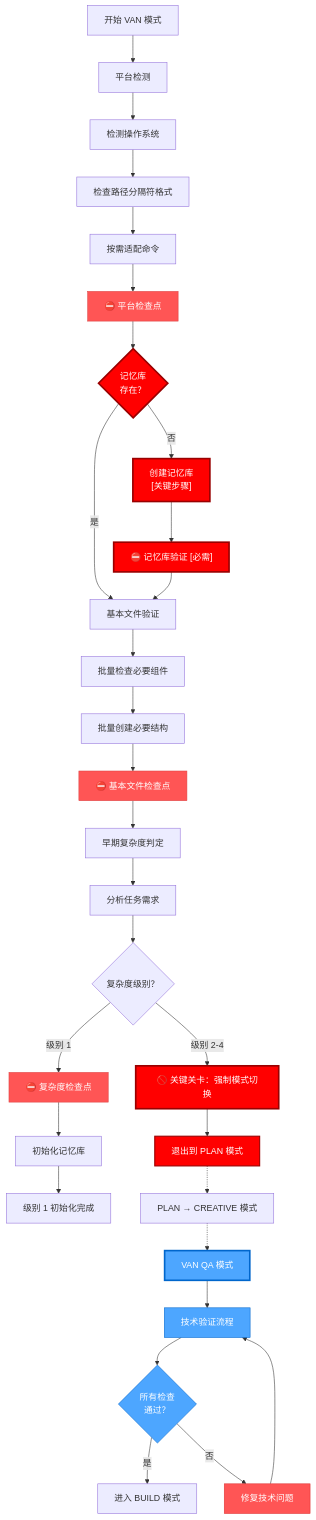
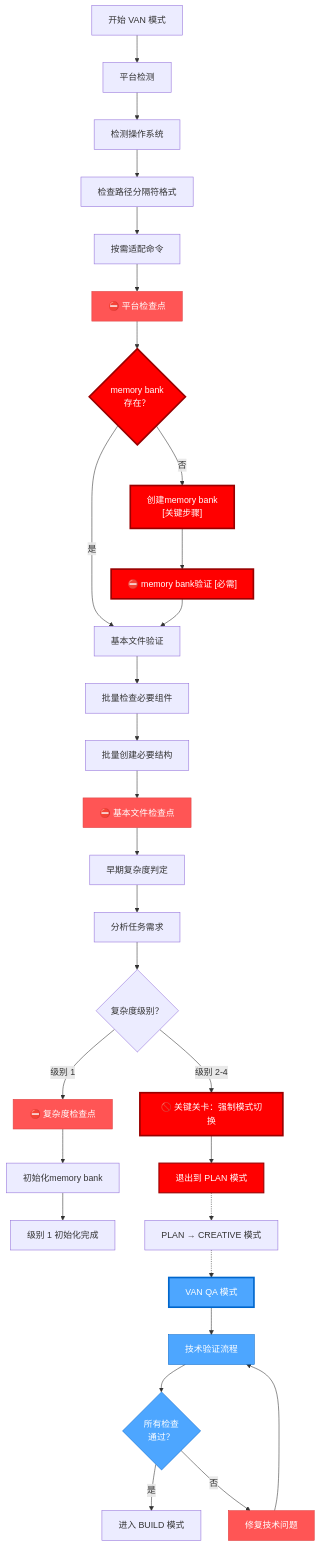
The first of 8 diagrams in .cursor/rules/isolation_rules/visual-maps/van_mode_split/van-mode-map.mdc (autel-lizhuohang/cursor-memory-bank-cn), drawn with Mermaid before and after one commit. The commit also changed other lines of this file and 33 other files, not shown here.

````diff
--- a/.cursor/rules/isolation_rules/visual-maps/van_mode_split/van-mode-map.mdc
+++ b/.cursor/rules/isolation_rules/visual-maps/van_mode_split/van-mode-map.mdc
@@ -15,57 +15,57 @@
 ```mermaid
 graph TD
     Start["开始 VAN 模式"] --> PlatformDetect["平台检测"]
     PlatformDetect --> DetectOS["检测操作系统"]
     DetectOS --> CheckPath["检查路径分隔符格式"]
     CheckPath --> AdaptCmds["按需适配命令"]
     AdaptCmds --> PlatformCP["⛔ 平台检查点"]
 
-    %% 添加关键记忆库检查点
-    PlatformCP --> MemoryBankCheck{"记忆库<br>存在？"}
-    MemoryBankCheck -->|"否"| CreateMemoryBank["创建记忆库<br>[关键步骤]"]
+    %% 添加关键memory bank检查点
+    PlatformCP --> MemoryBankCheck{"memory bank<br>存在？"}
+    MemoryBankCheck -->|"否"| CreateMemoryBank["创建memory bank<br>[关键步骤]"]
     MemoryBankCheck -->|"是"| BasicFileVerify["基本文件验证"]
-    CreateMemoryBank --> MemoryBankCP["⛔ 记忆库验证 [必需]"]
+    CreateMemoryBank --> MemoryBankCP["⛔ memory bank验证 [必需]"]
     MemoryBankCP --> BasicFileVerify
 
     %% 基本文件验证及检查点
     BasicFileVerify --> BatchCheck["批量检查必要组件"]
     BatchCheck --> BatchCreate["批量创建必要结构"]
     BatchCreate --> BasicFileCP["⛔ 基本文件检查点"]
 
     %% 早期复杂度判定
     BasicFileCP --> EarlyComplexity["早期复杂度判定"]
     EarlyComplexity --> AnalyzeTask["分析任务需求"]
     AnalyzeTask --> EarlyLevelCheck{"复杂度级别？"}
 
     %% 级别处理路径
     EarlyLevelCheck -->|"级别 1"| ComplexityCP["⛔ 复杂度检查点"]
     EarlyLevelCheck -->|"级别 2-4"| CRITICALGATE["🚫 关键关卡：强制模式切换"]
     CRITICALGATE --> ForceExit["退出到 PLAN 模式"]
 
     %% 级别 1 正常继续
-    ComplexityCP --> InitSystem["初始化记忆库"]
+    ComplexityCP --> InitSystem["初始化memory bank"]
     InitSystem --> Complete1["级别 1 初始化完成"]
 
     %% 级别 2+ 任务在 PLAN 和 CREATIVE 模式后
     ForceExit -.-> OtherModes["PLAN → CREATIVE 模式"]
     OtherModes -.-> VANQA["VAN QA 模式"]
     VANQA --> QAProcess["技术验证流程"]
     QAProcess --> QACheck{"所有检查<br>通过？"}
     QACheck -->|"是"| BUILD["进入 BUILD 模式"]
     QACheck -->|"否"| FixIssues["修复技术问题"]
     FixIssues --> QAProcess
 
     %% 节点样式
     style PlatformCP fill:#f55,stroke:#d44,color:white
     style MemoryBankCP fill:#ff0000,stroke:#990000,color:white,stroke-width:3px
     style MemoryBankCheck fill:#ff0000,stroke:#990000,color:white,stroke-width:3px
     style CreateMemoryBank fill:#ff0000,stroke:#990000,color:white,stroke-width:3px
     style BasicFileCP fill:#f55,stroke:#d44,color:white
     style ComplexityCP fill:#f55,stroke:#d44,color:white
     style CRITICALGATE fill:#ff0000,stroke:#990000,color:white,stroke-width:3px
     style ForceExit fill:#ff0000,stroke:#990000,color:white,stroke-width:2px
     style VANQA fill:#4da6ff,stroke:#0066cc,color:white,stroke-width:3px
     style QAProcess fill:#4da6ff,stroke:#0066cc,color:white
     style QACheck fill:#4da6ff,stroke:#0066cc,color:white
     style FixIssues fill:#ff5555,stroke:#dd3333,color:white
 ```
````
